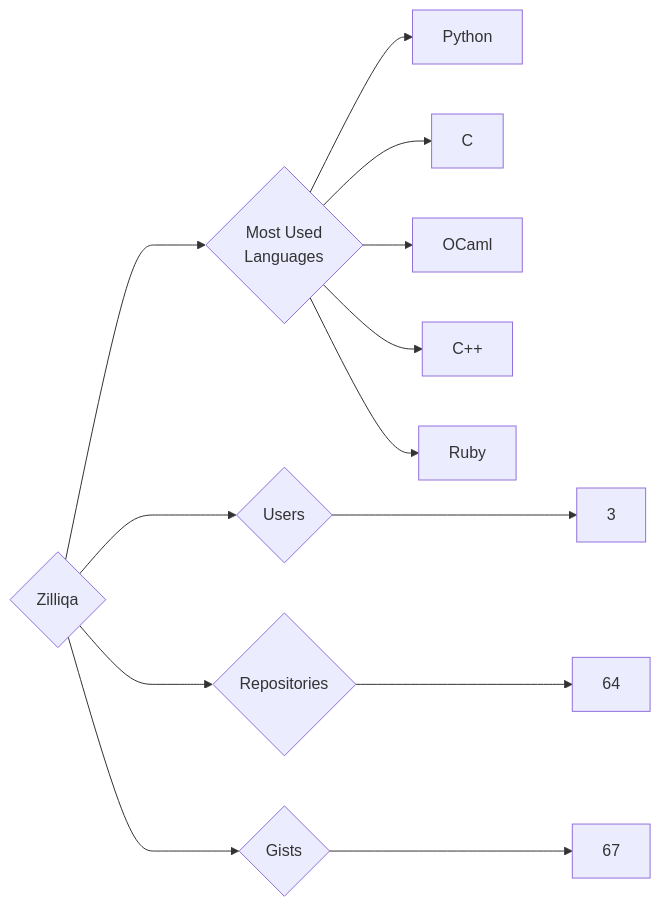
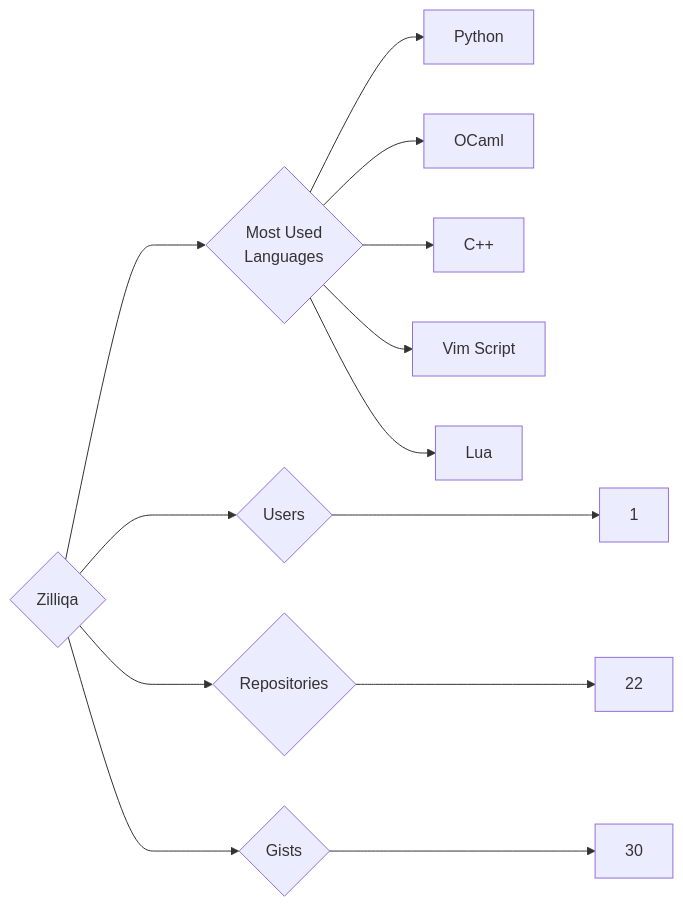
One commit to trickest/insiders changed the diagram in targets/Zilliqa/README.md. Above: the diagram before and after it, drawn with Mermaid. The commit also changed 444 other files, not shown here.

````diff
--- a/targets/Zilliqa/README.md
+++ b/targets/Zilliqa/README.md
@@ -3,13 +3,13 @@
 ```mermaid
 graph LR
 COMPANY_NAME{Zilliqa}
-COMPANY_NAME ---> U{Users} ---> UN[3]
-COMPANY_NAME ---> R{Repositories} ---> RN[64]
-COMPANY_NAME ---> G{Gists} ---> GN[67]
+COMPANY_NAME ---> U{Users} ---> UN[1]
+COMPANY_NAME ---> R{Repositories} ---> RN[22]
+COMPANY_NAME ---> G{Gists} ---> GN[30]
 COMPANY_NAME ---> ML{Most Used<br>Languages}
 ML --> Python[Python]
-ML --> C[C]
 ML --> OCaml[OCaml]
 ML --> C++[C++]
-ML --> Ruby[Ruby]
+ML --> Vim_Script[Vim Script]
+ML --> Lua[Lua]
 ```
````
